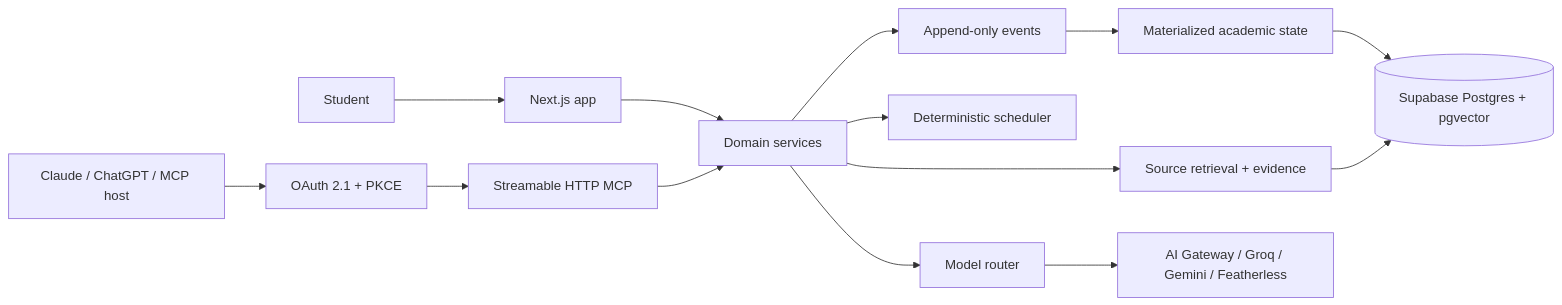
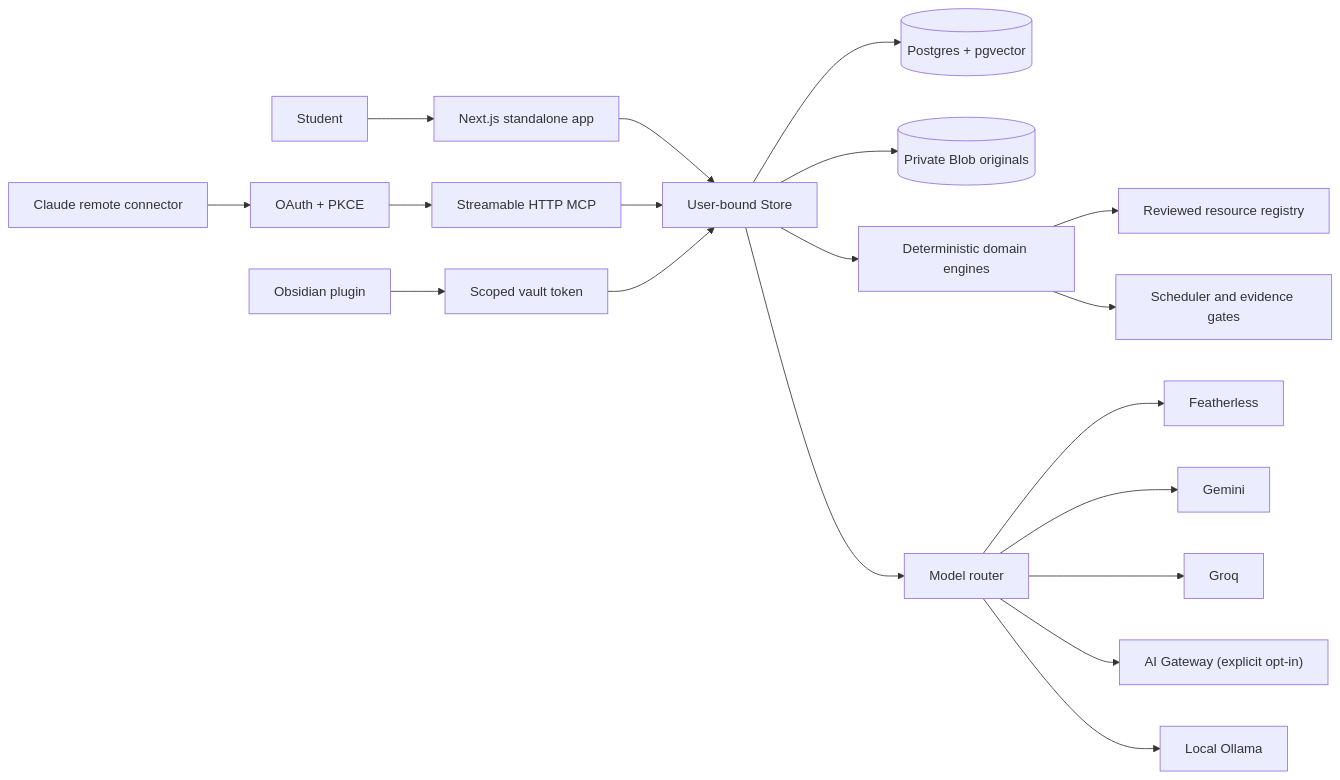
One commit to smukilan9-ship-it/continuum changed the diagram in docs/architecture.md. Above: the diagram before and after it, drawn with Mermaid. The commit also changed other lines of this file and 1 other file, not shown here.

Commit message:
docs: document production architecture and security

````diff
--- a/docs/architecture.md
+++ b/docs/architecture.md
@@ -5,16 +5,21 @@
 ```mermaid
 flowchart LR
-  U["Student"] --> W["Next.js app"]
-  C["Claude / ChatGPT / MCP host"] --> O["OAuth 2.1 + PKCE"]
+  U["Student"] --> W["Next.js standalone app"]
+  C["Claude remote connector"] --> O["OAuth + PKCE"]
   O --> M["Streamable HTTP MCP"]
-  W --> D["Domain services"]
-  M --> D
-  D --> E["Append-only events"]
-  E --> V["Materialized academic state"]
-  D --> S["Deterministic scheduler"]
-  D --> R["Source retrieval + evidence"]
-  D --> A["Model router"]
-  A --> G["AI Gateway / Groq / Gemini / Featherless"]
-  V --> P[("Supabase Postgres + pgvector")]
-  R --> P
+  V["Obsidian plugin"] --> T["Scoped vault token"]
+  W --> S["User-bound Store"]
+  M --> S
+  T --> S
+  S --> P[("Postgres + pgvector")]
+  S --> B[("Private Blob originals")]
+  S --> D["Deterministic domain engines"]
+  S --> A["Model router"]
+  A --> F["Featherless"]
+  A --> G["Gemini"]
+  A --> RQ["Groq"]
+  A --> AG["AI Gateway (explicit opt-in)"]
+  A --> L["Local Ollama"]
+  D --> R["Reviewed resource registry"]
+  D --> Q["Scheduler and evidence gates"]
 ```
````
